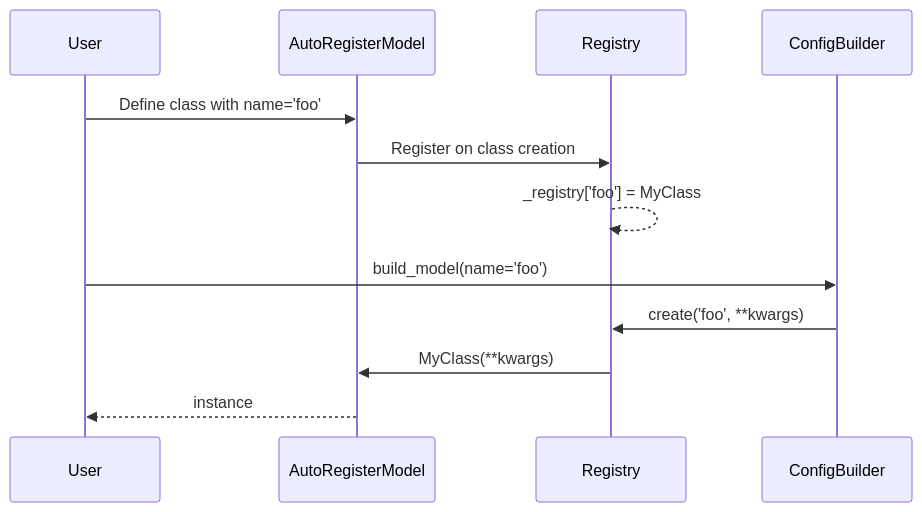
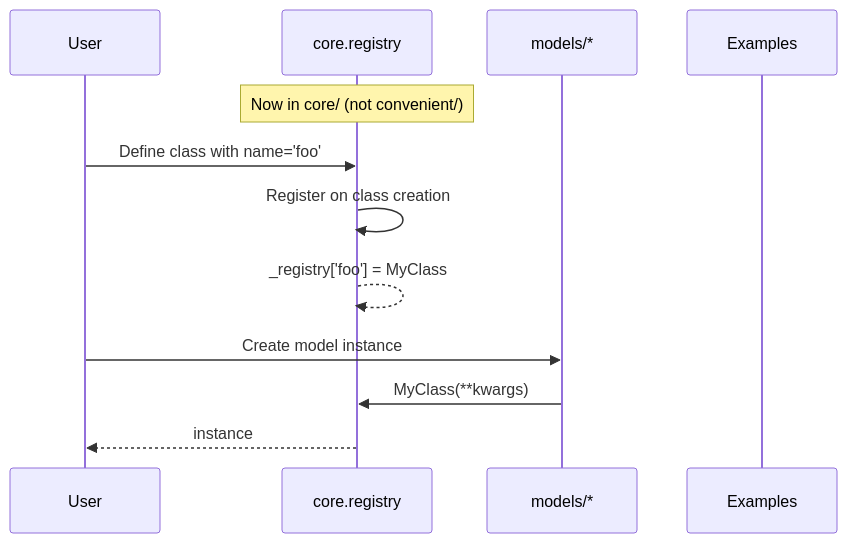
Before and after one commit to algorithmx/gnn_pde_v2: the fifth of 10 diagrams in docs/architecture-dependencies.md, drawn with Mermaid. The commit also changed other lines of this file and 10 other files, not shown here.

````diff
--- a/docs/architecture-dependencies.md
+++ b/docs/architecture-dependencies.md
@@ -228,16 +228,17 @@
 ```mermaid
 sequenceDiagram
     participant User
-    participant AutoRegisterModel
-    participant Registry
-    participant ConfigBuilder
+    participant AutoRegisterModel as core.registry
+    participant Models as models/*
+    participant Examples
+
+    Note over AutoRegisterModel: Now in core/ (not convenient/)
 
     User->>AutoRegisterModel: Define class with name='foo'
-    AutoRegisterModel->>Registry: Register on class creation
-    Registry-->>Registry: _registry['foo'] = MyClass
+    AutoRegisterModel->>AutoRegisterModel: Register on class creation
+    AutoRegisterModel-->>AutoRegisterModel: _registry['foo'] = MyClass
 
-    User->>ConfigBuilder: build_model(name='foo')
-    ConfigBuilder->>Registry: create('foo', **kwargs)
-    Registry->>AutoRegisterModel: MyClass(**kwargs)
+    User->>Models: Create model instance
+    Models->>AutoRegisterModel: MyClass(**kwargs)
     AutoRegisterModel-->>User: instance
 ```
````
